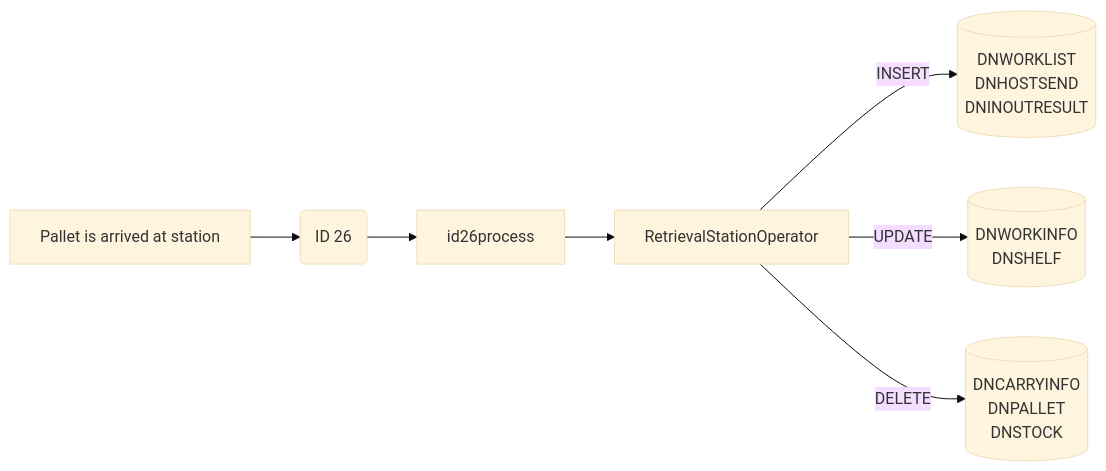
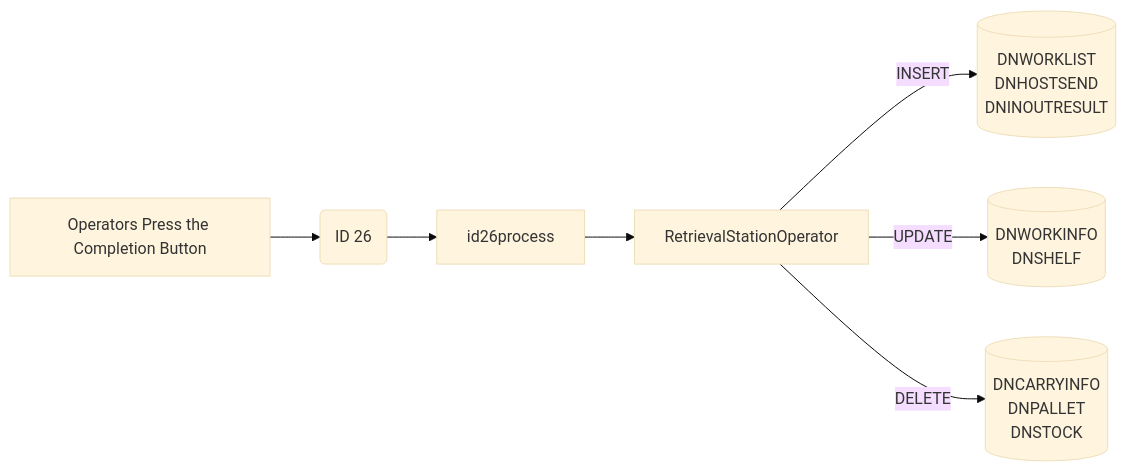
Before and after one commit to luthfiadityaa/SimeDarby-Wiki: diagram 21 of 21 in Basic-Design/DFD-WMS/Retrieval/Specific-Location-Retrieval-Setting.md, drawn with Mermaid (base theme).

Commit message:
Updated Specific Location Retrieval Setting

```diff
--- a/Basic-Design/DFD-WMS/Retrieval/Specific-Location-Retrieval-Setting.md
+++ b/Basic-Design/DFD-WMS/Retrieval/Specific-Location-Retrieval-Setting.md
@@ -789,40 +789,40 @@
 ::: mermaid
 flowchart LR
 
 buttonclicked["
-Pallet is arrived at station
+Operators Press the Completion Button
 "]
 
 id26msg("
 ID 26
 ")
 
 id26-update[("
 DNWORKINFO
 DNSHELF
 ")]
 
 id26-delete[("
 DNCARRYINFO
 DNPALLET
 DNSTOCK
 ")]
 
 id26-insert[("
 DNWORKLIST
 DNHOSTSEND
 DNINOUTRESULT
 ")]
 
 id26process[id26process]
 retrievaloperator[RetrievalStationOperator]
 
 
 buttonclicked --> id26msg
 id26msg -->id26process
 id26process-->retrievaloperator
 
 retrievaloperator--> |INSERT| id26-insert
 retrievaloperator--> |UPDATE| id26-update
 retrievaloperator--> |DELETE| id26-delete
 :::
```
